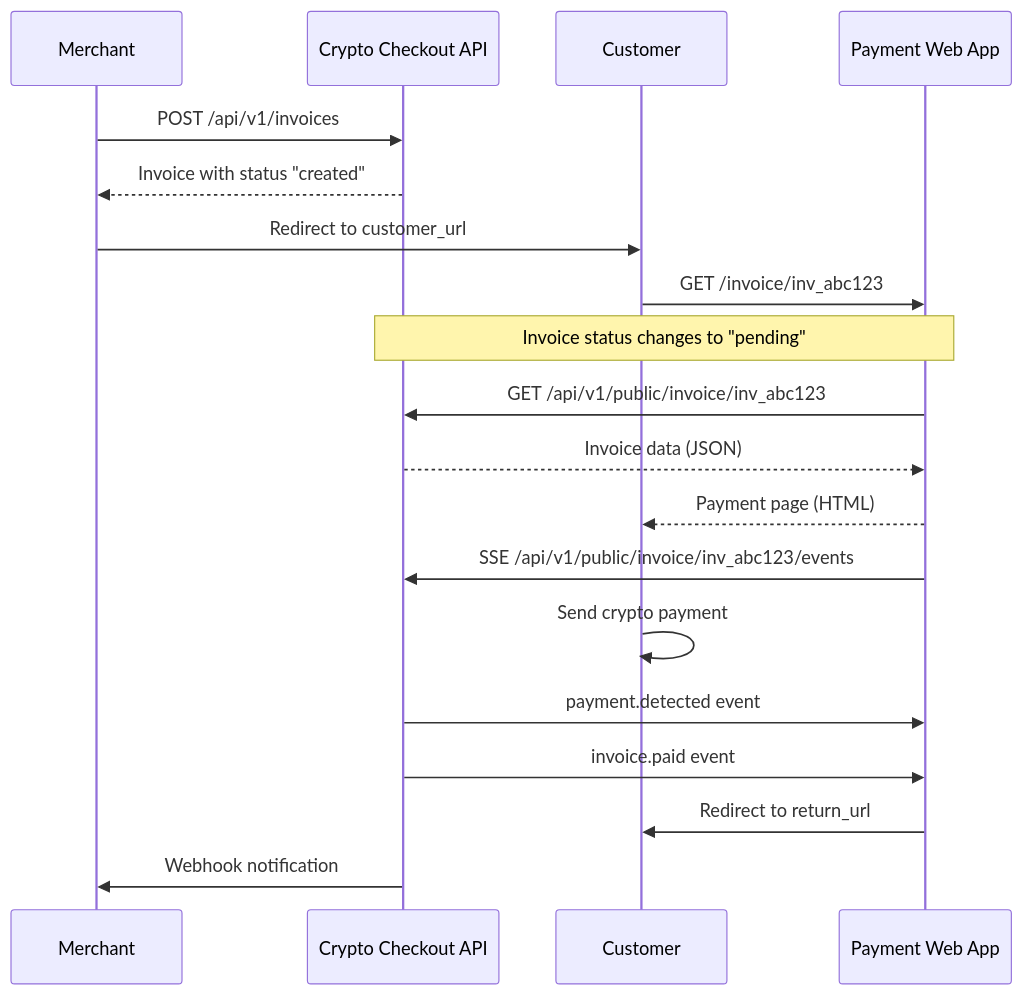
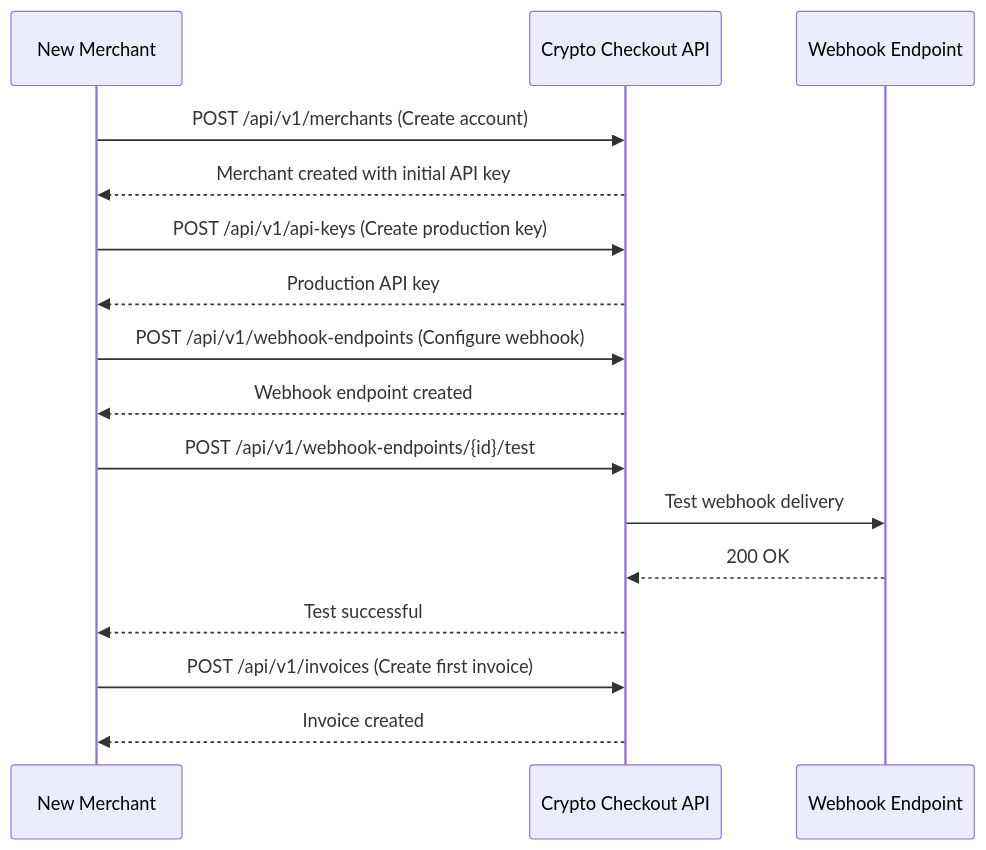
The first of 2 diagrams in docs/API.md (smirnoffmg/crypto-checkout), drawn with Mermaid before and after one commit. The commit also changed other lines of this file and 62 other files, not shown here.

````diff
--- a/docs/API.md
+++ b/docs/API.md
@@ -566,23 +849,23 @@
 ```mermaid
 sequenceDiagram
-    participant M as Merchant
+    participant M as New Merchant
     participant API as Crypto Checkout API
-    participant C as Customer
-    participant W as Payment Web App
+    participant W as Webhook Endpoint
     
-    M->>API: POST /api/v1/invoices
-    API-->>M: Invoice with status "created"
-    M->>C: Redirect to customer_url
-    C->>W: GET /invoice/inv_abc123
-    Note over W,API: Invoice status changes to "pending"
-    W->>API: GET /api/v1/public/invoice/inv_abc123
-    API-->>W: Invoice data (JSON)
-    W-->>C: Payment page (HTML)
+    M->>API: POST /api/v1/merchants (Create account)
+    API-->>M: Merchant created with initial API key
     
-    W->>API: SSE /api/v1/public/invoice/inv_abc123/events
-    C->>C: Send crypto payment
-    API->>W: payment.detected event
-    API->>W: invoice.paid event
-    W->>C: Redirect to return_url
-    API->>M: Webhook notification
+    M->>API: POST /api/v1/api-keys (Create production key)
+    API-->>M: Production API key
+    
+    M->>API: POST /api/v1/webhook-endpoints (Configure webhook)
+    API-->>M: Webhook endpoint created
+    
+    M->>API: POST /api/v1/webhook-endpoints/{id}/test
+    API->>W: Test webhook delivery
+    W-->>API: 200 OK
+    API-->>M: Test successful
+    
+    M->>API: POST /api/v1/invoices (Create first invoice)
+    API-->>M: Invoice created
 ```
````
